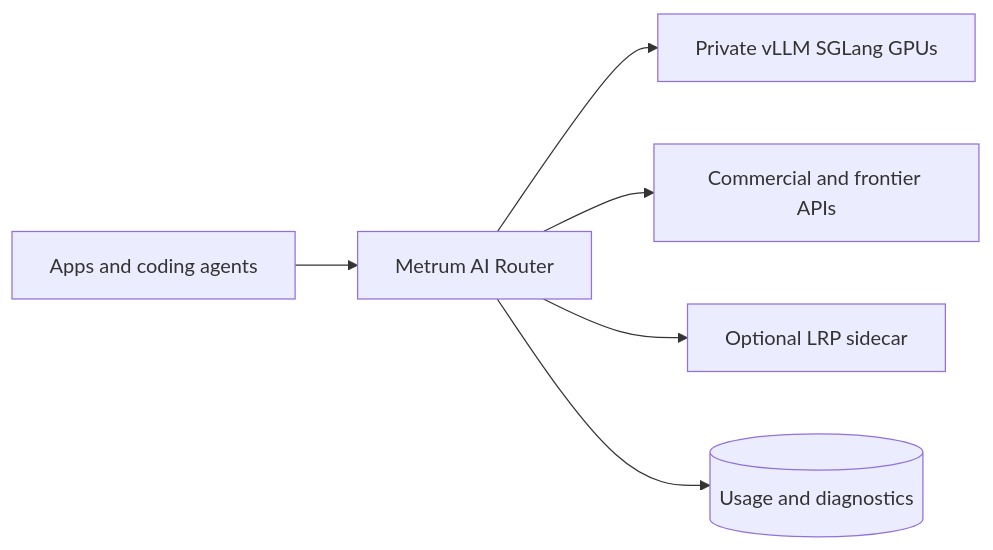
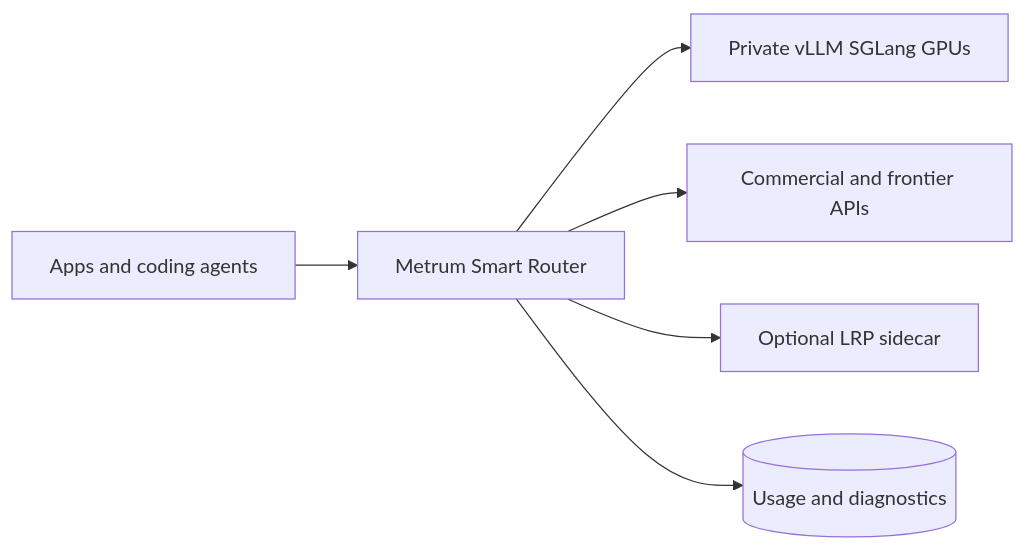
One commit to Metrum-AI-Products/genai-smart-router changed the first of 2 diagrams in docs-site/docs/overview.mdx. Above: the diagram before and after it, drawn with Mermaid. The commit also changed other lines of this file and 103 other files, not shown here.

First line of the commit message:
docs: position Metrum Smart Router as an LLM smart router

````diff
--- a/docs-site/docs/overview.mdx
+++ b/docs-site/docs/overview.mdx
@@ -39,14 +41,14 @@
 ```mermaid
 flowchart LR
   Apps[Apps and coding agents]
-  Router[Metrum AI Router]
+  Router[Metrum Smart Router]
   Priv[Private vLLM SGLang GPUs]
   SaaS[Commercial and frontier APIs]
   LRP[Optional LRP sidecar]
   Usage[(Usage and diagnostics)]
   Apps --> Router
   Router --> Priv
   Router --> SaaS
   Router --> LRP
   Router --> Usage
 ```
````
